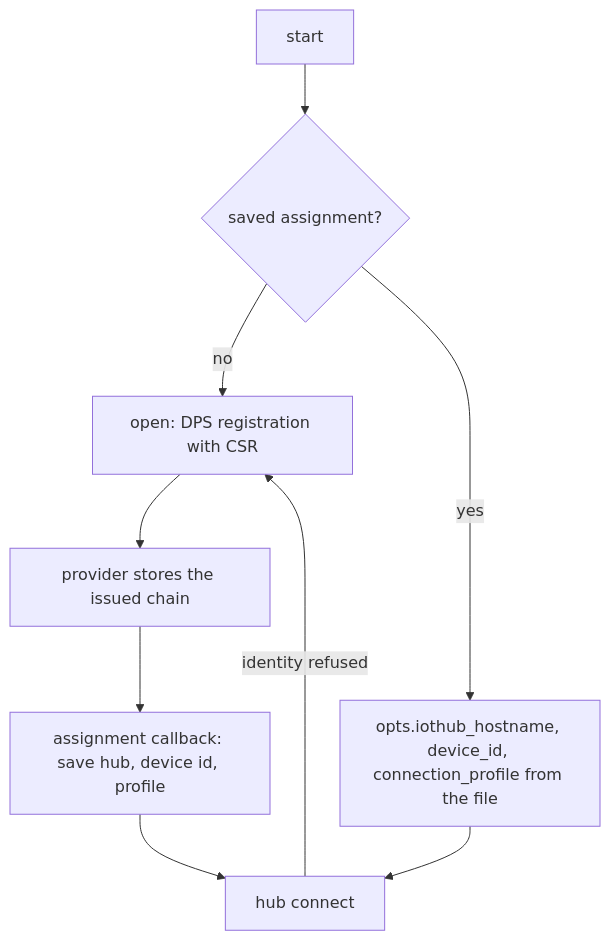
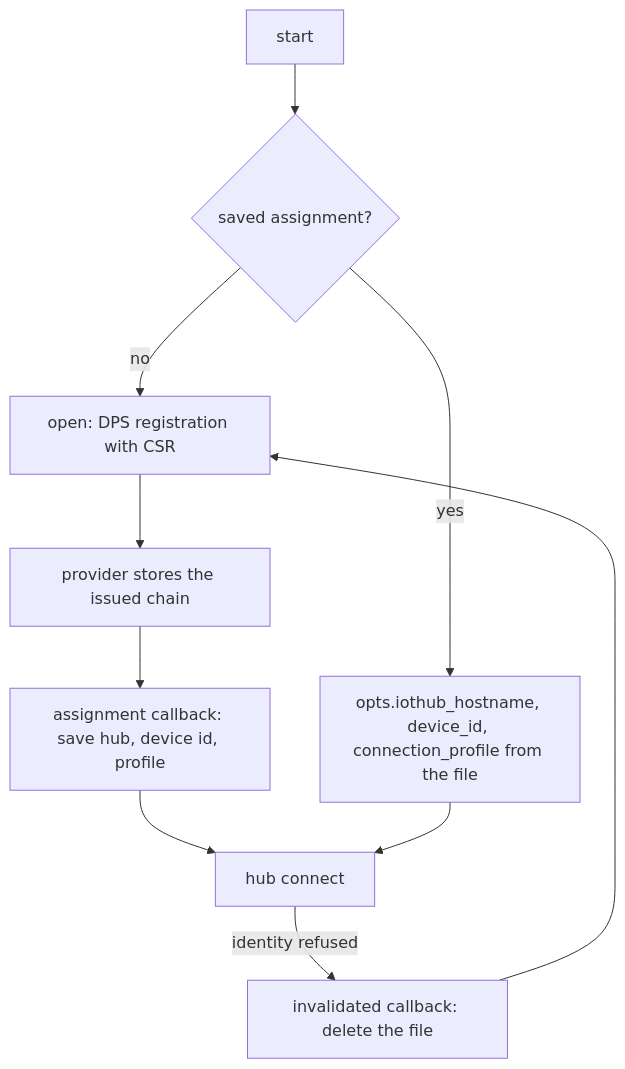
Before and after one commit to Azure/azure-iot-sdk: the diagram in c/samples/authentication/dps_persist_assignment/README.md, drawn with Mermaid. The commit also changed other lines of this file and 10 other files, not shown here.

````diff
--- a/c/samples/authentication/dps_persist_assignment/README.md
+++ b/c/samples/authentication/dps_persist_assignment/README.md
@@ -9,11 +9,12 @@
 ```mermaid
 flowchart TD
     A[start] --> B{saved assignment?}
     B -- no --> C[open: DPS registration with CSR]
     C --> D[provider stores the issued chain]
     D --> E[assignment callback: save hub, device id, profile]
     E --> F[hub connect]
     B -- yes --> G[opts.iothub_hostname, device_id, connection_profile from the file]
     G --> F
-    F -- identity refused --> C
+    F -- identity refused --> H[invalidated callback: delete the file]
+    H --> C
 ```
````
